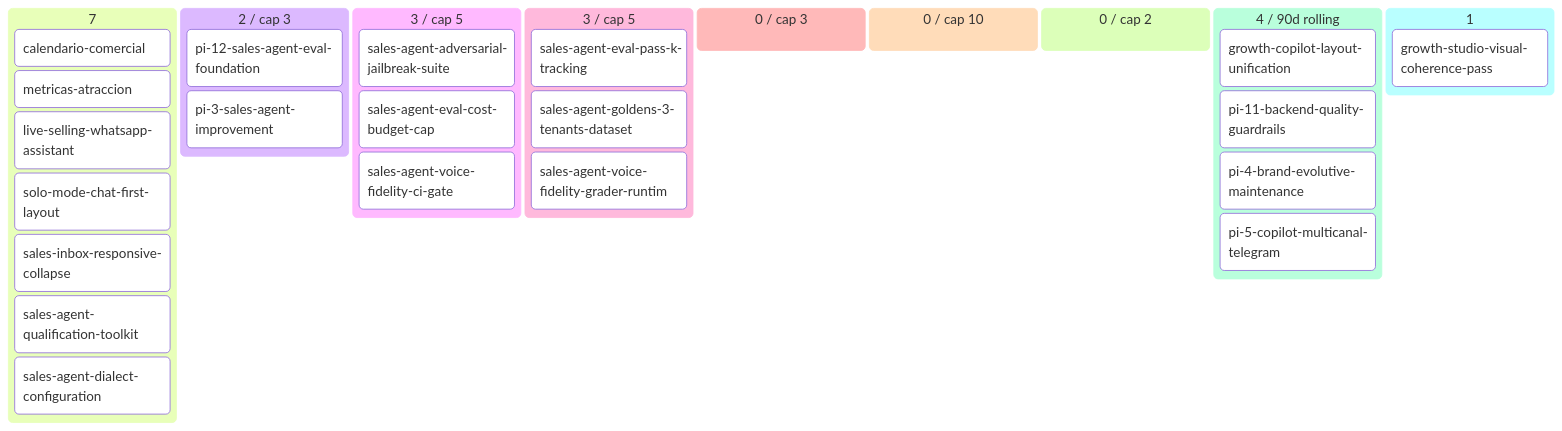
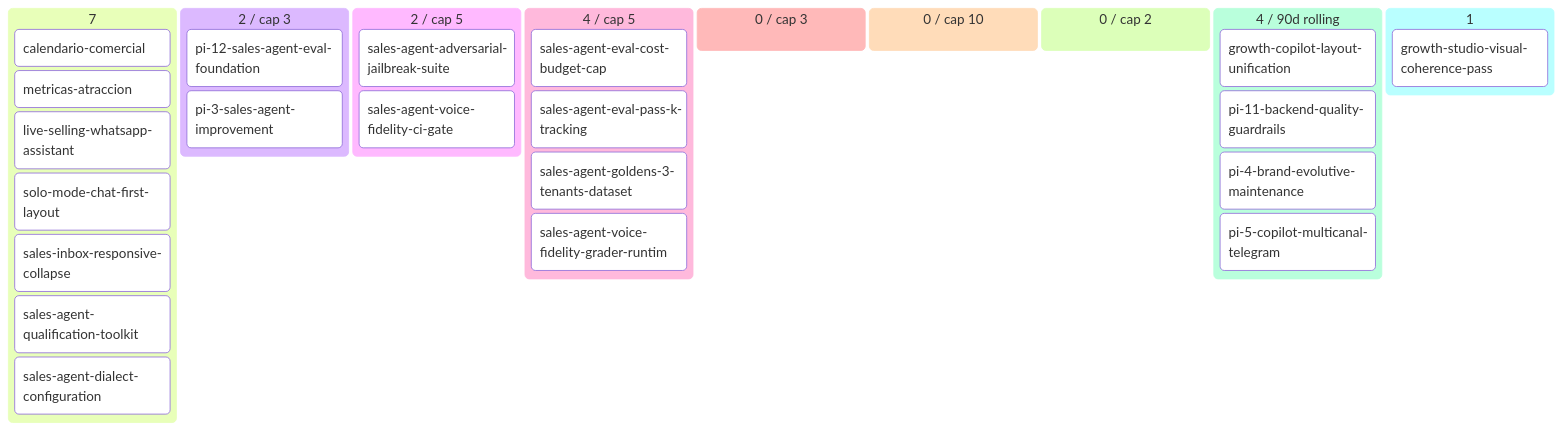
The diagram in docs/product/BACKLOG.md (alpacapurpura/ap_sales_agent), drawn with Mermaid before and after one commit. The commit also changed other lines of this file and 6 other files, not shown here.

````diff
--- a/docs/product/BACKLOG.md
+++ b/docs/product/BACKLOG.md
@@ -56,32 +56,32 @@
 ```mermaid
 kanban
   💡 Ideas (7)
     calendario-comercial[calendario-comercial]
     metricas-atraccion[metricas-atraccion]
     live-selling-whatsapp-assistan[live-selling-whatsapp-assistant]
     solo-mode-chat-first-layout[solo-mode-chat-first-layout]
     sales-inbox-responsive-collaps[sales-inbox-responsive-collapse]
     sales-agent-qualification-tool[sales-agent-qualification-toolkit]
     sales-agent-dialect-configurat[sales-agent-dialect-configuration]
   🔬 Refining (2 / cap 3)
     pi-12-sales-agent-eval-foundat[pi-12-sales-agent-eval-foundation]
     pi-3-sales-agent-improvement[pi-3-sales-agent-improvement]
-  ✅ Refined (3 / cap 5)
+  ✅ Refined (2 / cap 5)
     sales-agent-adversarial-jailbr[sales-agent-adversarial-jailbreak-suite]
+    sales-agent-voice-fidelity-ci-[sales-agent-voice-fidelity-ci-gate]
+  📦 Ready (4 / cap 5)
     sales-agent-eval-cost-budget-c[sales-agent-eval-cost-budget-cap]
-    sales-agent-voice-fidelity-ci-[sales-agent-voice-fidelity-ci-gate]
-  📦 Ready (3 / cap 5)
     sales-agent-eval-pass-k-tracki[sales-agent-eval-pass-k-tracking]
     sales-agent-goldens-3-tenants-[sales-agent-goldens-3-tenants-dataset]
     sales-agent-voice-fidelity-gra[sales-agent-voice-fidelity-grader-runtim]
   🔨 Developing (0 / cap 3)
   🧪 Developed (0 / cap 10)
   🔍 Reviewing (0 / cap 2)
   ✅ Done (4 / 90d rolling)
     growth-copilot-layout-unificat[growth-copilot-layout-unification]
     pi-11-backend-quality-guardrai[pi-11-backend-quality-guardrails]
     pi-4-brand-evolutive-maintenan[pi-4-brand-evolutive-maintenance]
     pi-5-copilot-multicanal-telegr[pi-5-copilot-multicanal-telegram]
   🅿 Parked (1)
     growth-studio-visual-coherence[growth-studio-visual-coherence-pass]
 ```
````
